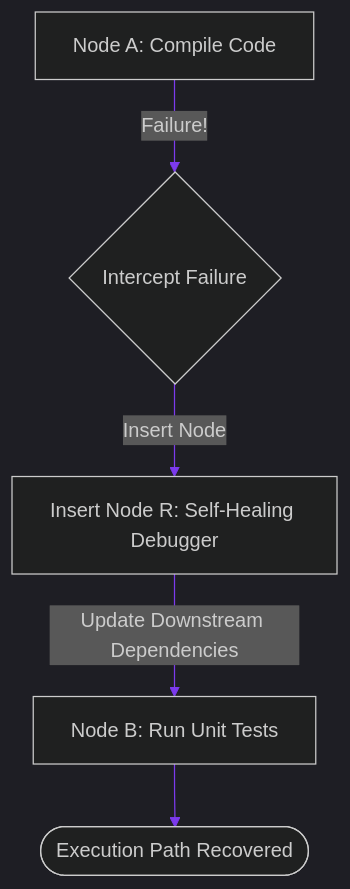
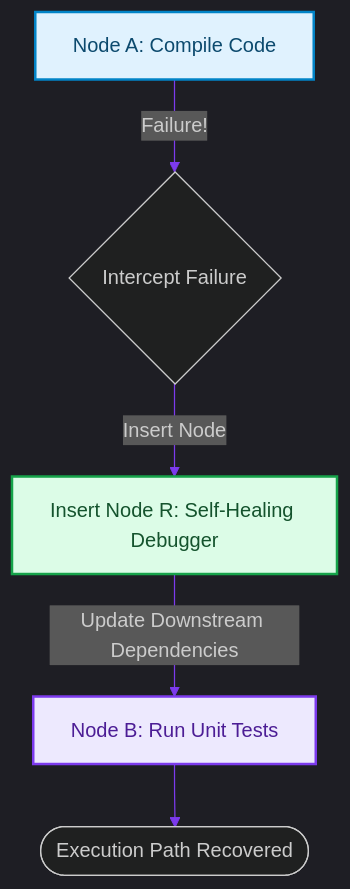
The diagram in blog/posts/orchestration-dynamic-plan-recovery-self-healing-graphs.md (akmalkhaniub/akmalkhaniub.github.io), drawn with Mermaid before and after one commit. The commit also changed other lines of this file and 1291 other files, not shown here.

First line of the commit message:
feat(catalog): unique covers, scholarly references, and diagram palettes

````diff
--- a/blog/posts/orchestration-dynamic-plan-recovery-self-healing-graphs.md
+++ b/blog/posts/orchestration-dynamic-plan-recovery-self-healing-graphs.md
@@ -16,10 +16,19 @@
 ```mermaid
 %%{init: {'theme': 'dark', 'themeVariables': { 'primaryColor': '#7c3aed', 'primaryTextColor': '#f3f4f6', 'primaryBorderColor': '#a78bfa', 'lineColor': '#7c3aed', 'secondaryColor': '#111827', 'tertiaryColor': '#0b0f19'}}}%%
 flowchart TD
-    NodeA[Node A: Compile Code] -->|Failure!| Intercept{Intercept Failure}
+    NodeA["Node A: Compile Code"] -->|Failure!| Intercept{Intercept Failure}
     
-    Intercept -->|Insert Node| Repair[Insert Node R: Self-Healing Debugger]
-    Repair -->|Update Downstream Dependencies| NodeB[Node B: Run Unit Tests]
+    Intercept -->|Insert Node| Repair["Insert Node R: Self-Healing Debugger"]
+    Repair -->|Update Downstream Dependencies| NodeB["Node B: Run Unit Tests"]
     
     NodeB --> Complete([Execution Path Recovered])
+
+classDef green fill:#dcfce7,stroke:#16a34a,stroke-width:2px,color:#14532d;
+classDef red fill:#fee2e2,stroke:#dc2626,stroke-width:2px,color:#7f1d1d;
+classDef blue fill:#e0f2fe,stroke:#0284c7,stroke-width:2px,color:#0c4a6e;
+classDef yellow fill:#fef3c7,stroke:#d97706,stroke-width:2px,color:#78350f;
+classDef purple fill:#ede9fe,stroke:#7c3aed,stroke-width:2px,color:#4c1d95;
+class NodeA blue
+class Repair green
+class NodeB purple
 ```
````
